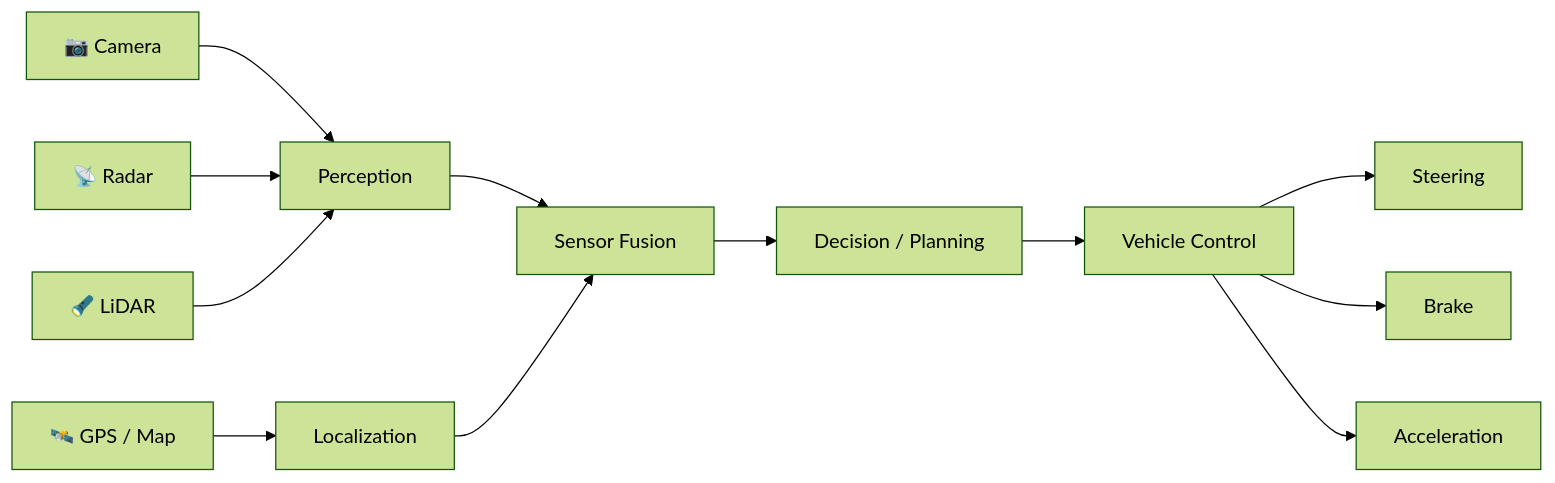
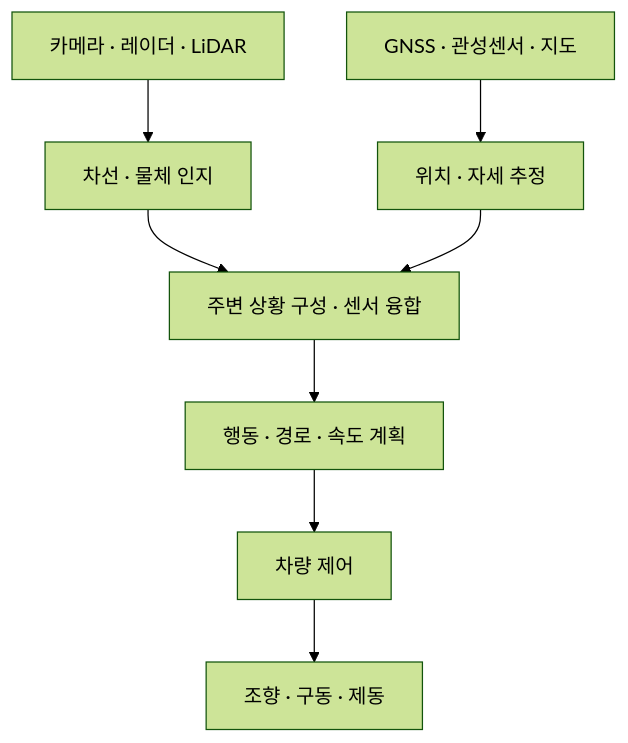
One commit to sunmaan22/Algorithm_Code_Study changed the fourth of 4 diagrams in HINT_Embedded_SW/Automotive_Engineering_Fundamentals/Visual_Overview.md. Above: the diagram before and after it, drawn with Mermaid (forest theme). The commit also changed other lines of this file, not shown here.

````diff
--- a/HINT_Embedded_SW/Automotive_Engineering_Fundamentals/Visual_Overview.md
+++ b/HINT_Embedded_SW/Automotive_Engineering_Fundamentals/Visual_Overview.md
@@ -189,15 +105,10 @@
 ```mermaid
-flowchart LR
-    CAM[📷 Camera] --> PER[Perception]
-    RADAR[📡 Radar] --> PER
-    LIDAR[🔦 LiDAR] --> PER
-    GPS[🛰️ GPS / Map] --> LOC[Localization]
-
-    PER --> FUSION[Sensor Fusion]
-    LOC --> FUSION
-    FUSION --> DEC[Decision / Planning]
-    DEC --> CTRL[Vehicle Control]
-    CTRL --> STEER[Steering]
-    CTRL --> BRAKE[Brake]
-    CTRL --> ACC[Acceleration]
+flowchart TD
+    S[카메라 · 레이더 · LiDAR] --> P[차선 · 물체 인지]
+    G[GNSS · 관성센서 · 지도] --> L[위치 · 자세 추정]
+    P --> F[주변 상황 구성 · 센서 융합]
+    L --> F
+    F --> D[행동 · 경로 · 속도 계획]
+    D --> C[차량 제어]
+    C --> A[조향 · 구동 · 제동]
 ```
````
